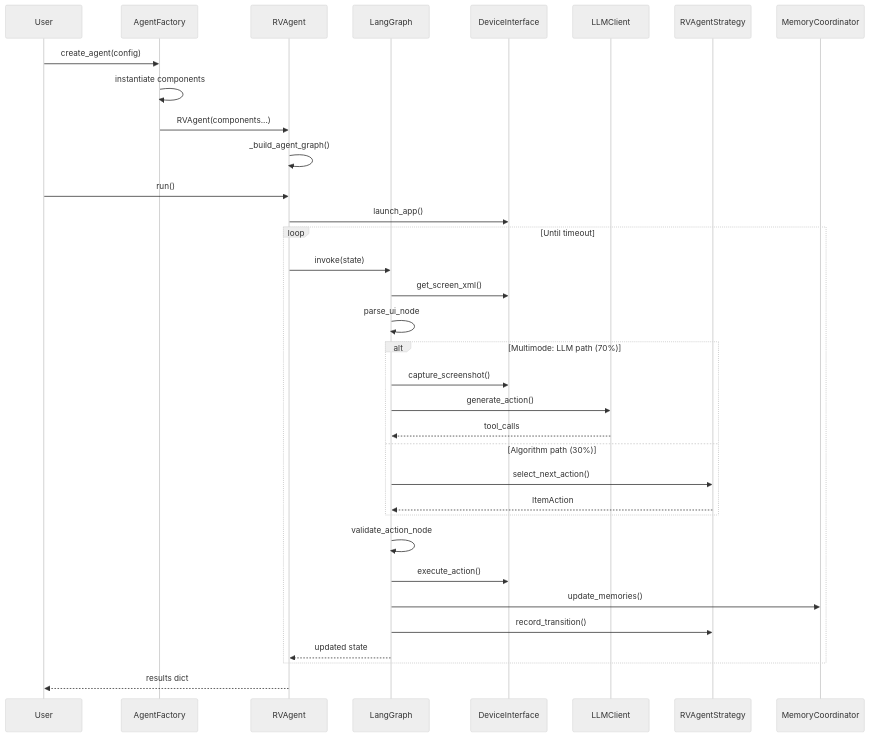
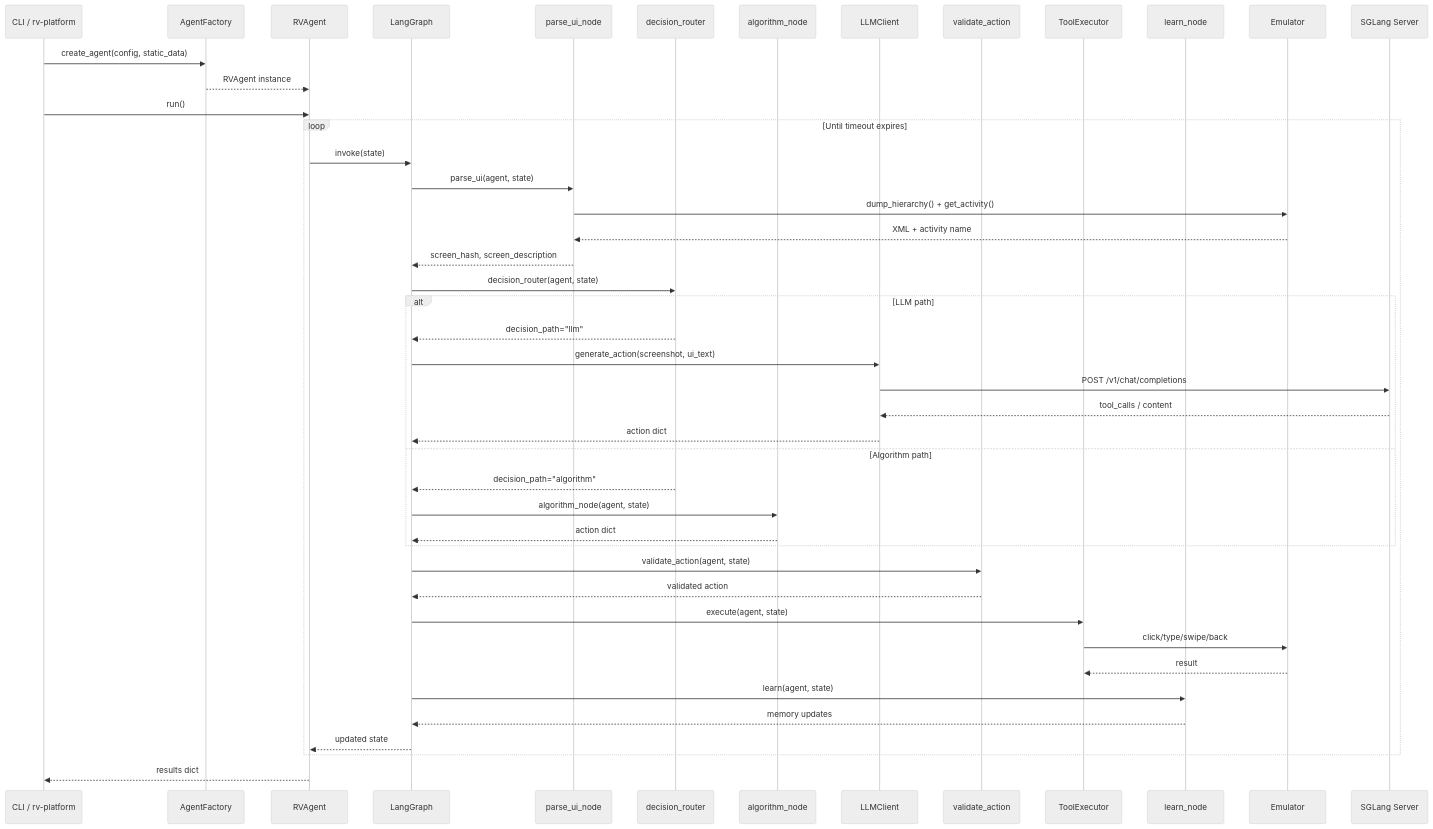
The third of 5 diagrams in rv-android/modules/rv-agent/docs/architecture.md (PAMunb/rvsec), drawn with Mermaid before and after one commit. The commit also changed other lines of this file and 17 other files, not shown here.

First line of the commit message:
docs(tg5): architecture docs for all 13 modules + aperv spec rewrite + script updates (refs #48)

````diff
--- a/rv-android/modules/rv-agent/docs/architecture.md
+++ b/rv-android/modules/rv-agent/docs/architecture.md
@@ -258,45 +353,52 @@
 ```mermaid
 %%{init: {'theme': 'neutral'}}%%
 sequenceDiagram
-    participant User
+    participant User as CLI / rv-platform
     participant Factory as AgentFactory
-    participant Agent as RVAgent
-    participant Workflow as LangGraph
-    participant Device as DeviceInterface
+    participant RVA as RVAgent
+    participant LangGraphComp as LangGraph
+    participant Parse as parse_ui_node
+    participant Router as decision_router
+    participant Algo as algorithm_node
     participant LLM as LLMClient
-    participant Strategy as RVAgentStrategy
-    participant Memory as MemoryCoordinator
+    participant Validate as validate_action
+    participant Exec as ToolExecutor
+    participant Learn as learn_node
+    participant Device as Emulator
+    participant SGLang as SGLang Server
 
-    User->>Factory: create_agent(config)
-    Factory->>Factory: instantiate components
-    Factory->>Agent: RVAgent(components...)
-    Agent->>Agent: _build_agent_graph()
+    User->>Factory: create_agent(config, static_data)
+    Factory-->>RVA: RVAgent instance
 
-    User->>Agent: run()
-    Agent->>Device: launch_app()
+    User->>RVA: run()
+    loop Until timeout expires
+        RVA->>LangGraphComp: invoke(state)
+        LangGraphComp->>Parse: parse_ui(agent, state)
+        Parse->>Device: dump_hierarchy() + get_activity()
+        Device-->>Parse: XML + activity name
+        Parse-->>LangGraphComp: screen_hash, screen_description
 
-    loop Until timeout
-        Agent->>Workflow: invoke(state)
-
-        Workflow->>Device: get_screen_xml()
-        Workflow->>Workflow: parse_ui_node
-
-        alt Multimode: LLM path (70%)
-            Workflow->>Device: capture_screenshot()
-            Workflow->>LLM: generate_action()
-            LLM-->>Workflow: tool_calls
-        else Algorithm path (30%)
-            Workflow->>Strategy: select_next_action()
-            Strategy-->>Workflow: ItemAction
+        LangGraphComp->>Router: decision_router(agent, state)
+        alt LLM path
+            Router-->>LangGraphComp: decision_path="llm"
+            LangGraphComp->>LLM: generate_action(screenshot, ui_text)
+            LLM->>SGLang: POST /v1/chat/completions
+            SGLang-->>LLM: tool_calls / content
+            LLM-->>LangGraphComp: action dict
+        else Algorithm path
+            Router-->>LangGraphComp: decision_path="algorithm"
+            LangGraphComp->>Algo: algorithm_node(agent, state)
+            Algo-->>LangGraphComp: action dict
         end
 
-        Workflow->>Workflow: validate_action_node
-        Workflow->>Device: execute_action()
-        Workflow->>Memory: update_memories()
-        Workflow->>Strategy: record_transition()
-
-        Workflow-->>Agent: updated state
+        LangGraphComp->>Validate: validate_action(agent, state)
+        Validate-->>LangGraphComp: validated action
+        LangGraphComp->>Exec: execute(agent, state)
+        Exec->>Device: click/type/swipe/back
+        Device-->>Exec: result
+        LangGraphComp->>Learn: learn(agent, state)
+        Learn-->>LangGraphComp: memory updates
+        LangGraphComp-->>RVA: updated state
     end
-
-    Agent-->>User: results dict
+    RVA-->>User: results dict
 ```
````
